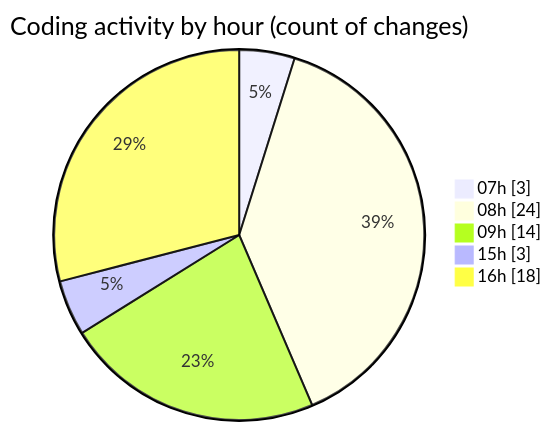
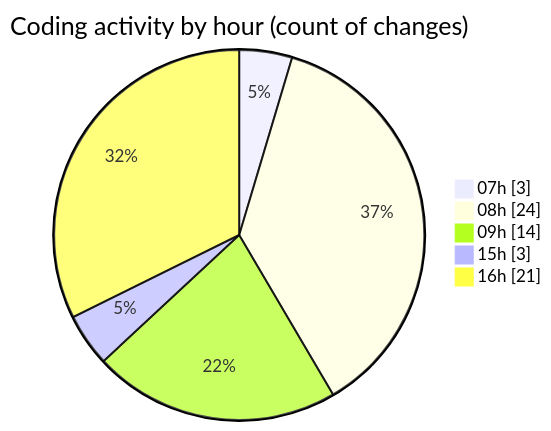
Before and after one commit to MatusMokan/code-tracking: the second of 2 diagrams in 2025-05-07/myws__workspace_/README.md, drawn with Mermaid. The commit also changed other lines of this file and 1 other file, not shown here.

````diff
--- a/2025-05-07/myws__workspace_/README.md
+++ b/2025-05-07/myws__workspace_/README.md
@@ -30,9 +30,9 @@
 ```mermaid
 pie showData
 title Coding activity by hour (count of changes)
 "07h" : 3
 "08h" : 24
 "09h" : 14
 "15h" : 3
-"16h" : 18
+"16h" : 21
 ```
````
